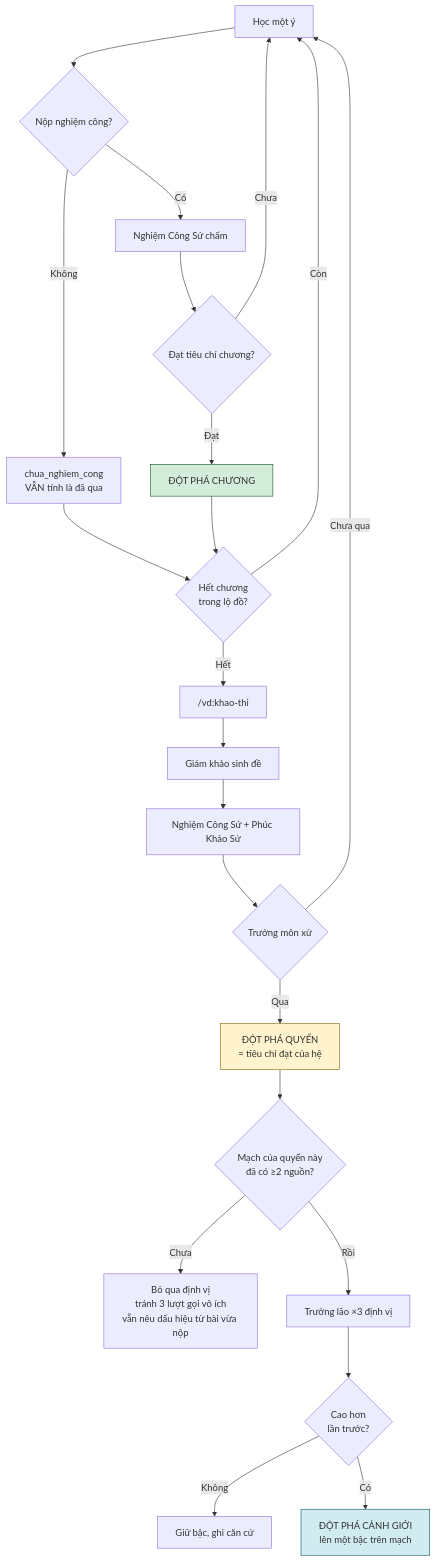
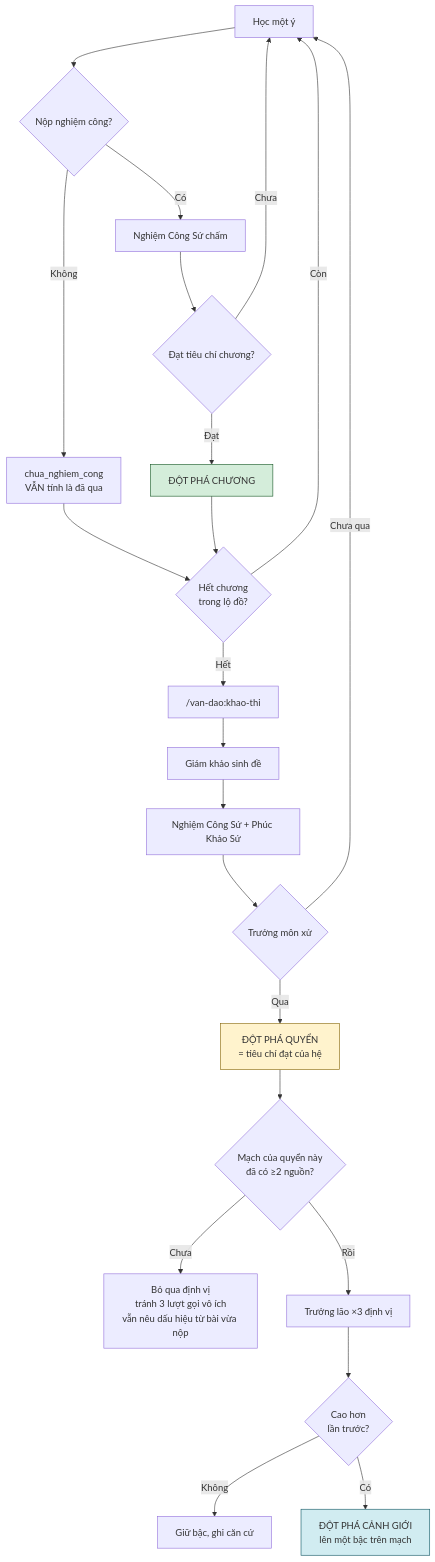
One commit to hanh9898/van-dao-workspace changed the first of 13 diagrams in docs/VAN-DAO-dac-ta-v1.0.md. Above: the diagram before and after it, drawn with Mermaid. The commit also changed other lines of this file and 3 other files, not shown here.

First line of the commit message:
feat: Story 1.2 xong — spec, /van-dao:* xuyên suốt, defer chuyển tiếng Anh

````diff
--- a/docs/VAN-DAO-dac-ta-v1.0.md
+++ b/docs/VAN-DAO-dac-ta-v1.0.md
@@ -131,28 +131,28 @@
 ```mermaid
 flowchart TD
     A["Học một ý"] --> B{"Nộp nghiệm công?"}
     B -->|Không| C["chua_nghiem_cong<br/>VẪN tính là đã qua"]
     B -->|Có| D["Nghiệm Công Sứ chấm"]
     D --> E{"Đạt tiêu chí chương?"}
     E -->|Chưa| A
     E -->|Đạt| F["ĐỘT PHÁ CHƯƠNG"]
     C --> G
     F --> G{"Hết chương<br/>trong lộ đồ?"}
     G -->|Còn| A
-    G -->|Hết| H["/vd:khao-thi"]
+    G -->|Hết| H["/van-dao:khao-thi"]
     H --> I["Giám khảo sinh đề"]
     I --> J["Nghiệm Công Sứ + Phúc Khảo Sứ"]
     J --> K{"Trưởng môn xử"}
     K -->|"Chưa qua"| A
     K -->|"Qua"| L["ĐỘT PHÁ QUYỂN<br/>= tiêu chí đạt của hệ"]
     L --> M{"Mạch của quyển này<br/>đã có ≥2 nguồn?"}
     M -->|Chưa| N["Bỏ qua định vị<br/>tránh 3 lượt gọi vô ích<br/>vẫn nêu dấu hiệu từ bài vừa nộp"]
     M -->|Rồi| O["Trưởng lão ×3 định vị"]
     O --> P{"Cao hơn<br/>lần trước?"}
     P -->|Không| Q["Giữ bậc, ghi căn cứ"]
     P -->|Có| R["ĐỘT PHÁ CẢNH GIỚI<br/>lên một bậc trên mạch"]
 
     style F fill:#d4edda,stroke:#155724
     style L fill:#fff3cd,stroke:#856404
     style R fill:#d1ecf1,stroke:#0c5460
 ```
````
